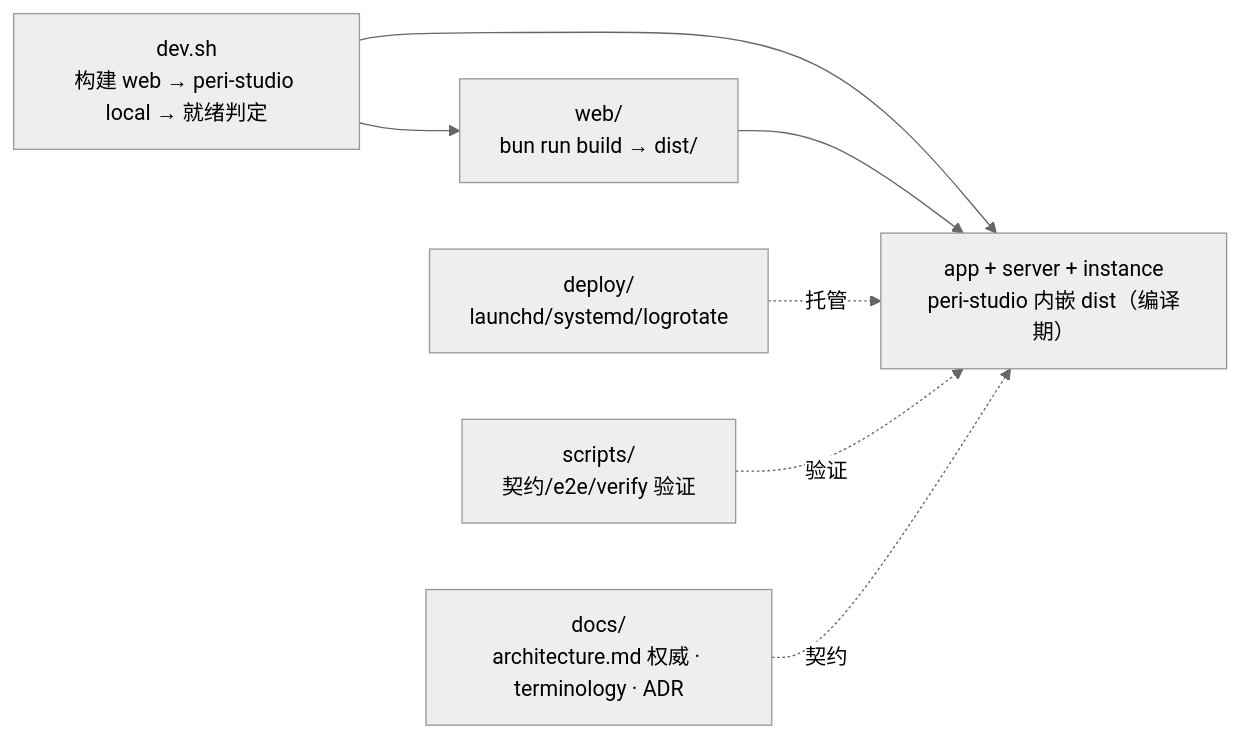
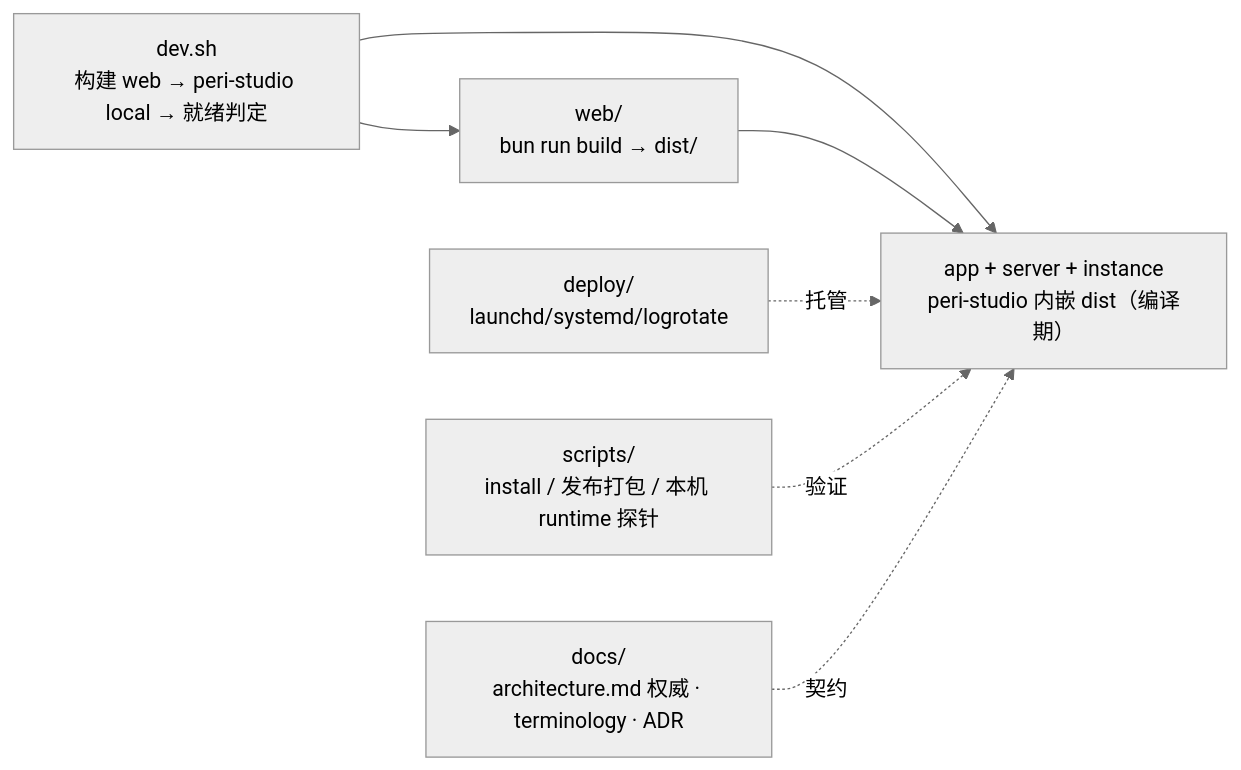
One commit to KonghaYao/peri-studio changed the ninth of 9 diagrams in docs/topology.md. Above: the diagram before and after it, drawn with Mermaid (neutral theme). The commit also changed other lines of this file and 16 other files, not shown here.

````diff
--- a/docs/topology.md
+++ b/docs/topology.md
@@ -369,16 +369,16 @@
 ```mermaid
 flowchart LR
     DEV["dev.sh<br/>构建 web → peri-studio local → 就绪判定"]
     WEB2["web/<br/>bun run build → dist/"]
     APP2["app + server + instance<br/>peri-studio 内嵌 dist（编译期）"]
     DEP["deploy/<br/>launchd/systemd/logrotate"]
-    SCR["scripts/<br/>契约/e2e/verify 验证"]
+    SCR["scripts/<br/>install / 发布打包 / 本机 runtime 探针"]
     DOC["docs/<br/>architecture.md 权威 · terminology · ADR"]
 
     DEV --> WEB2
     DEV --> APP2
     WEB2 --> APP2
     DEP -. 托管 .-> APP2
     SCR -. 验证 .-> APP2
     DOC -. 契约 .-> APP2
 ```
````
